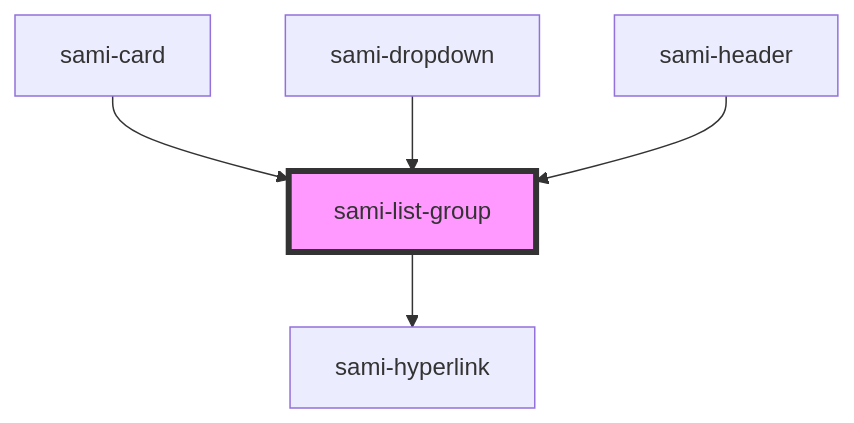
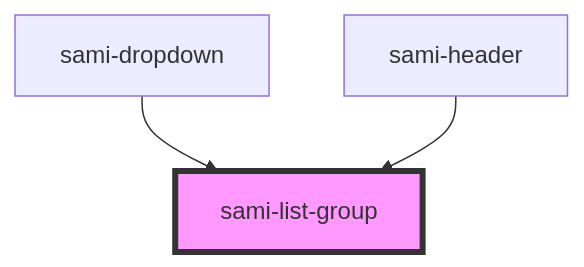
The diagram in output/components/molecules/lists/list-group/readme.md (jersson-arrivasplata-rojas/STENCIL-PROY-V1-COMPONENTS-S2203), drawn with Mermaid before and after one commit. The commit also changed other lines of this file and 186 other files, not shown here.

````diff
--- a/output/components/molecules/lists/list-group/readme.md
+++ b/output/components/molecules/lists/list-group/readme.md
@@ -44,8 +36,6 @@
 ```mermaid
 graph TD;
-  sami-list-group --> sami-hyperlink
-  sami-card --> sami-list-group
   sami-dropdown --> sami-list-group
   sami-header --> sami-list-group
   style sami-list-group fill:#f9f,stroke:#333,stroke-width:4px
 ```
````
